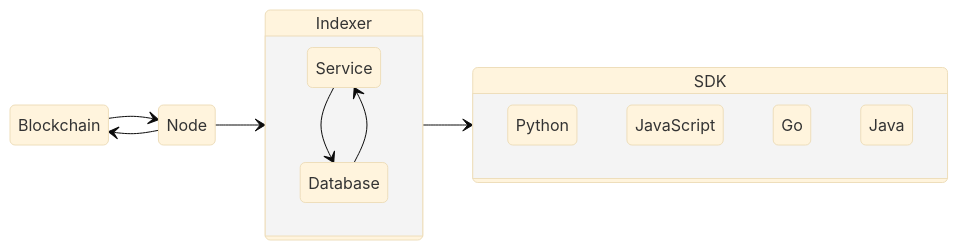
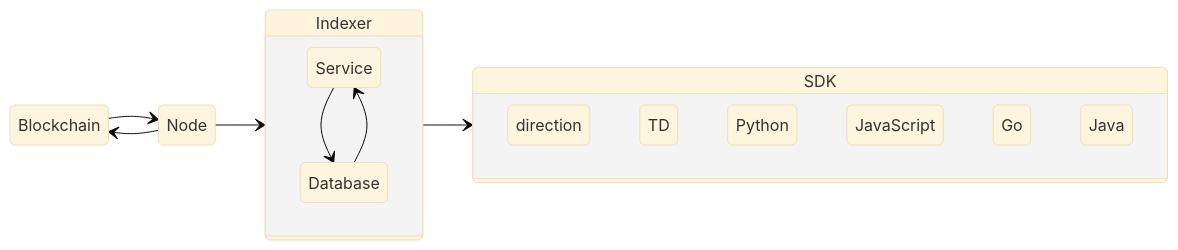
One commit to block-foundation/docker-algorand-node changed the diagram in README.md. Above: the diagram before and after it, drawn with Mermaid (base theme).

````diff
--- a/README.md
+++ b/README.md
@@ -24,18 +24,19 @@
 ``` mermaid
 stateDiagram
     direction LR
     Blockchain --> Node
     Node --> Blockchain
     Node --> Indexer
     state Indexer {
       Service --> Database
       Database --> Service
     }
     Indexer --> SDK
     state SDK {
+      direction TD
       Python
       JavaScript
       Go
       Java
     }
 ```
````
